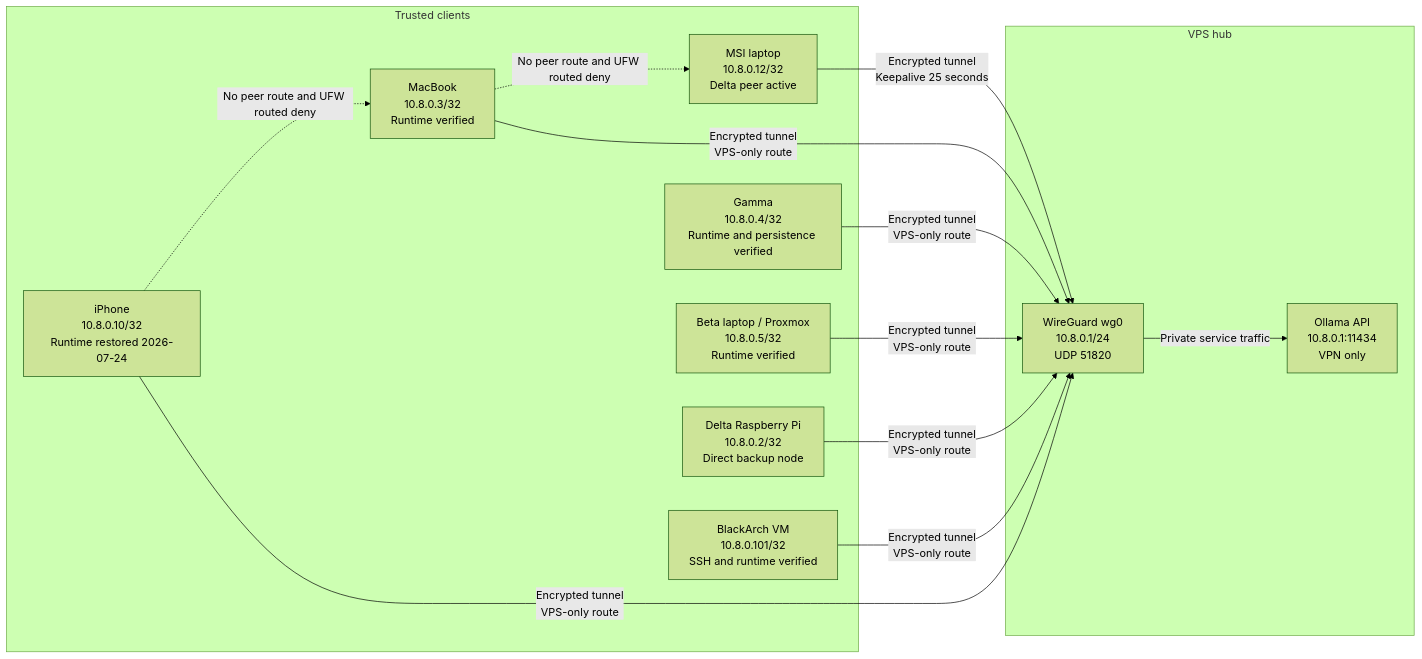
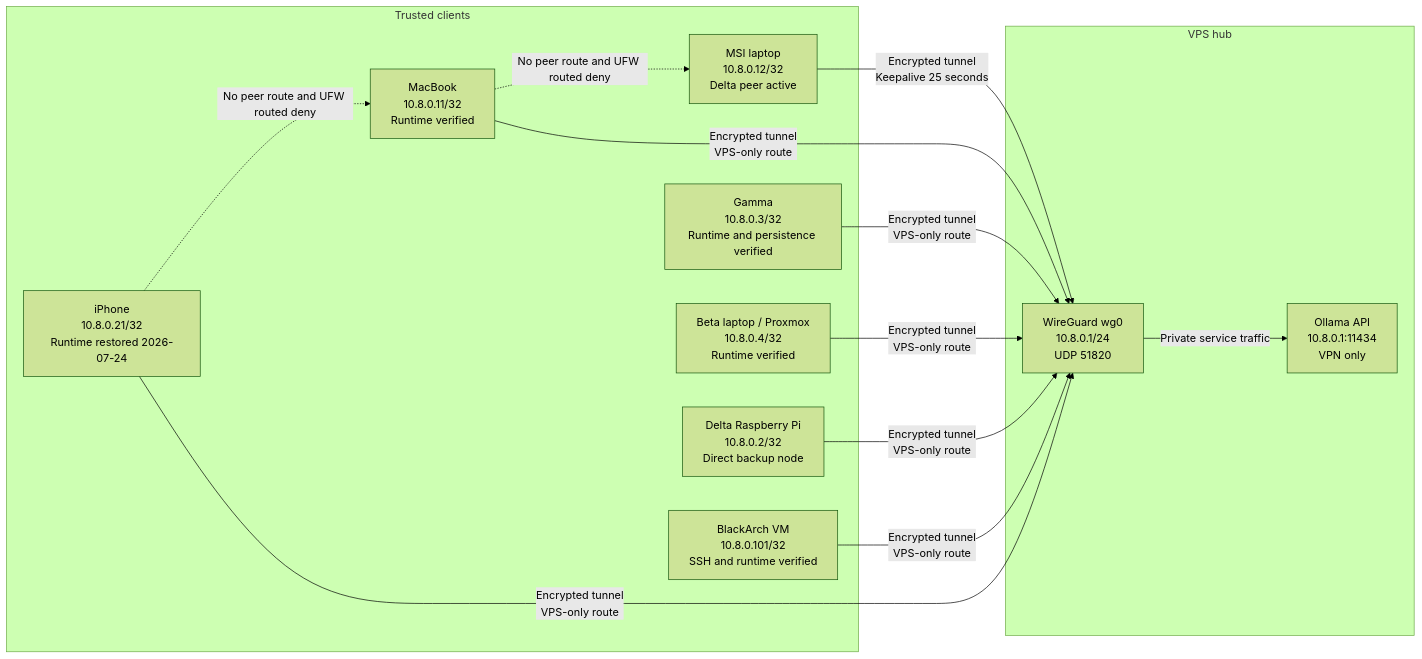
The diagram in content/docs/vps-alpha/wireguard.mdx (Manuel0516/zero-five-handbook), drawn with Mermaid (forest theme) before and after one commit. The commit also changed other lines of this file and 22 other files, not shown here.

````diff
--- a/content/docs/vps-alpha/wireguard.mdx
+++ b/content/docs/vps-alpha/wireguard.mdx
@@ -21,28 +21,28 @@
 ```mermaid
 flowchart LR
     subgraph clients["Trusted clients"]
         cachyos["MSI laptop<br/>10.8.0.12/32<br/>Delta peer active"]
-        macbook["MacBook<br/>10.8.0.3/32<br/>Runtime verified"]
-        gamma["Gamma<br/>10.8.0.4/32<br/>Runtime and persistence verified"]
-        beta["Beta laptop / Proxmox<br/>10.8.0.5/32<br/>Runtime verified"]
+        macbook["MacBook<br/>10.8.0.11/32<br/>Runtime verified"]
+        gamma["Gamma<br/>10.8.0.3/32<br/>Runtime and persistence verified"]
+        beta["Beta laptop / Proxmox<br/>10.8.0.4/32<br/>Runtime verified"]
         delta["Delta Raspberry Pi<br/>10.8.0.2/32<br/>Direct backup node"]
         blackarch["BlackArch VM<br/>10.8.0.101/32<br/>SSH and runtime verified"]
-        iphone["iPhone<br/>10.8.0.10/32<br/>Runtime restored 2026-07-24"]
+        iphone["iPhone<br/>10.8.0.21/32<br/>Runtime restored 2026-07-24"]
     end
 
     subgraph vps["VPS hub"]
         wg["WireGuard wg0<br/>10.8.0.1/24<br/>UDP 51820"]
         ollama["Ollama API<br/>10.8.0.1:11434<br/>VPN only"]
     end
 
     cachyos -->|"Encrypted tunnel<br/>Keepalive 25 seconds"| wg
     macbook -->|"Encrypted tunnel<br/>VPS-only route"| wg
     gamma -->|"Encrypted tunnel<br/>VPS-only route"| wg
     beta -->|"Encrypted tunnel<br/>VPS-only route"| wg
     delta -->|"Encrypted tunnel<br/>VPS-only route"| wg
     blackarch -->|"Encrypted tunnel<br/>VPS-only route"| wg
     iphone -->|"Encrypted tunnel<br/>VPS-only route"| wg
     wg -->|"Private service traffic"| ollama
     macbook -. "No peer route and UFW routed deny" .-> cachyos
     iphone -. "No peer route and UFW routed deny" .-> macbook
 ```
````
